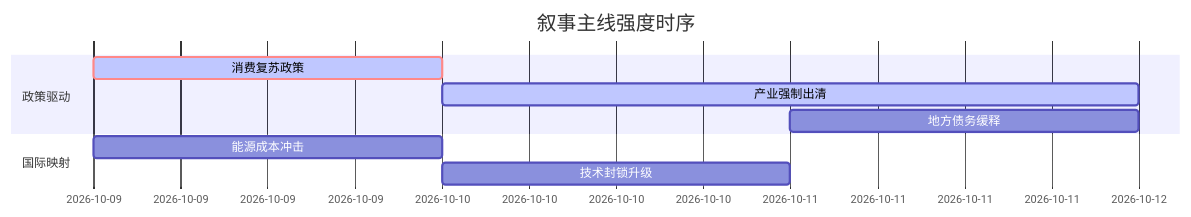
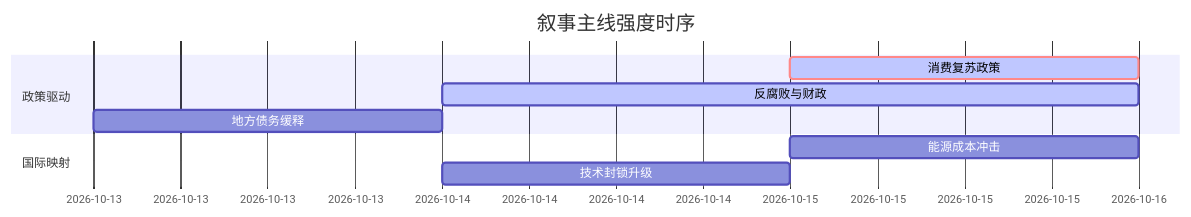
Before and after one commit to uu5zn/uu5zn.github.io: the diagram in 5day_report.md, drawn with Mermaid. The commit also changed other lines of this file and 19 other files, not shown here.

````diff
--- a/5day_report.md
+++ b/5day_report.md
@@ -48,13 +55,13 @@
 ```mermaid
 gantt
     title 叙事主线强度时序
     dateFormat  YYYY-MM-DD
     section 政策驱动
-    消费复苏政策   :crit, active, 2026-10-09, 1d
-    产业强制出清   :active, 2026-10-10, 2d
-    地方债务缓释   :2026-10-11, 1d
+    消费复苏政策   :crit, active, 2026-10-15, 1d
+    反腐败与财政   :active, 2026-10-14, 2d
+    地方债务缓释   :2026-10-13, 1d
     
     section 国际映射
-    能源成本冲击   :2026-10-09, 1d
-    技术封锁升级   :2026-10-10, 1d
+    能源成本冲击   :2026-10-15, 1d
+    技术封锁升级   :2026-10-14, 1d
 ```
````
